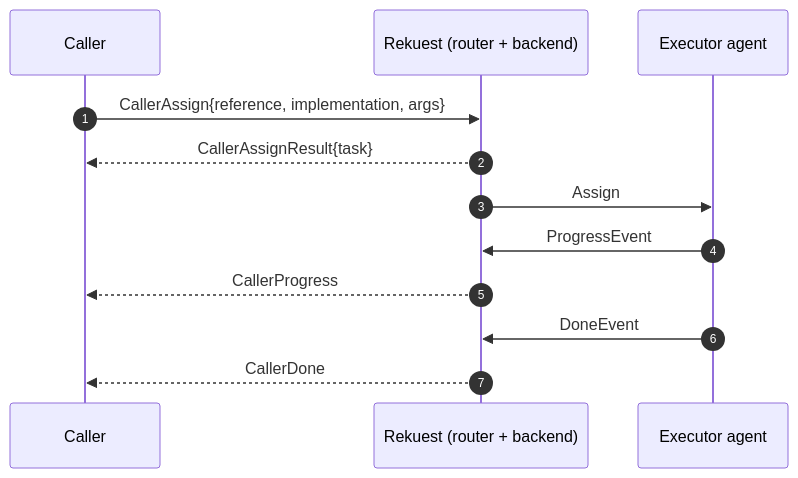
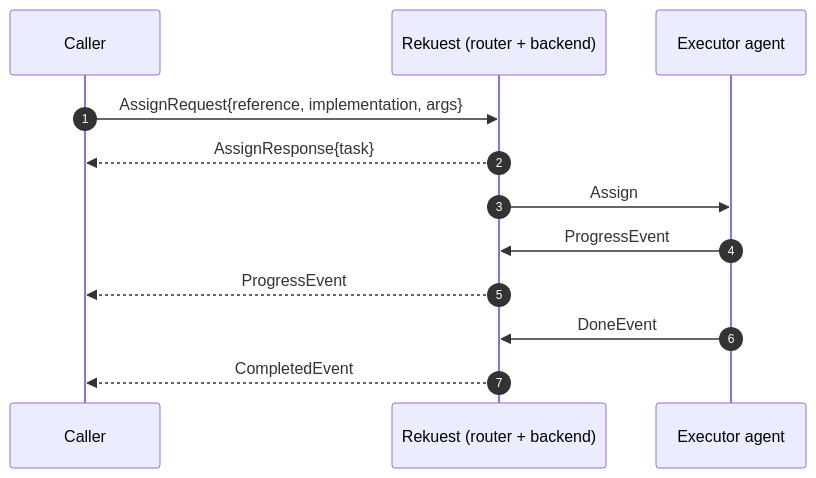
Before and after one commit to arkitektio/rekuest-server-next: the first of 2 diagrams in docs/design/caller-protocol.md, drawn with Mermaid. The commit also changed other lines of this file and 32 other files, not shown here.

````diff
--- a/docs/design/caller-protocol.md
+++ b/docs/design/caller-protocol.md
@@ -170,14 +147,14 @@
 ```mermaid
 sequenceDiagram
     autonumber
     participant C as Caller
     participant R as Rekuest (router + backend)
     participant E as Executor agent
-    C->>R: CallerAssign{reference, implementation, args}
-    R-->>C: CallerAssignResult{task}
+    C->>R: AssignRequest{reference, implementation, args}
+    R-->>C: AssignResponse{task}
     R->>E: Assign
     E->>R: ProgressEvent
-    R-->>C: CallerProgress
+    R-->>C: ProgressEvent
     E->>R: DoneEvent
-    R-->>C: CallerDone
+    R-->>C: CompletedEvent
 ```
````
